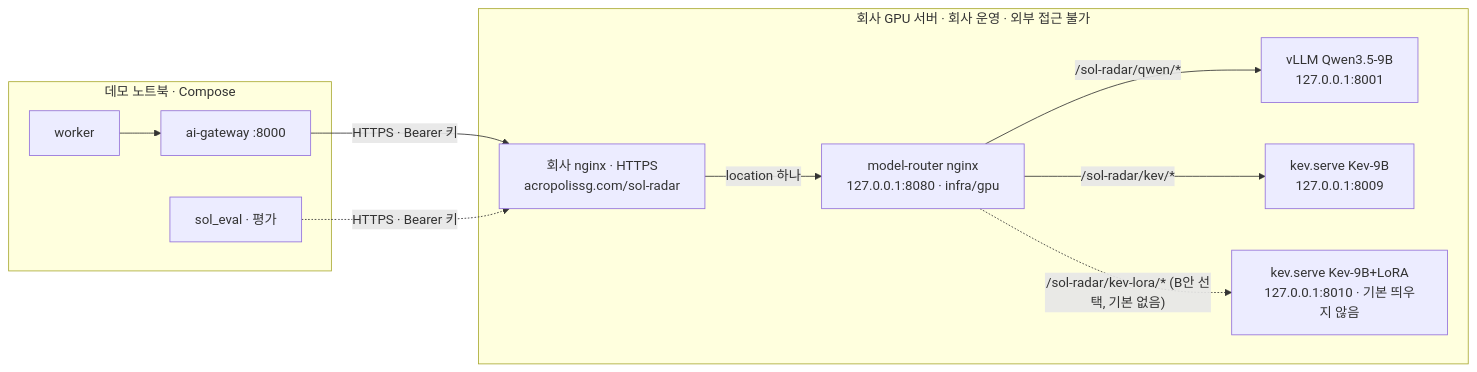
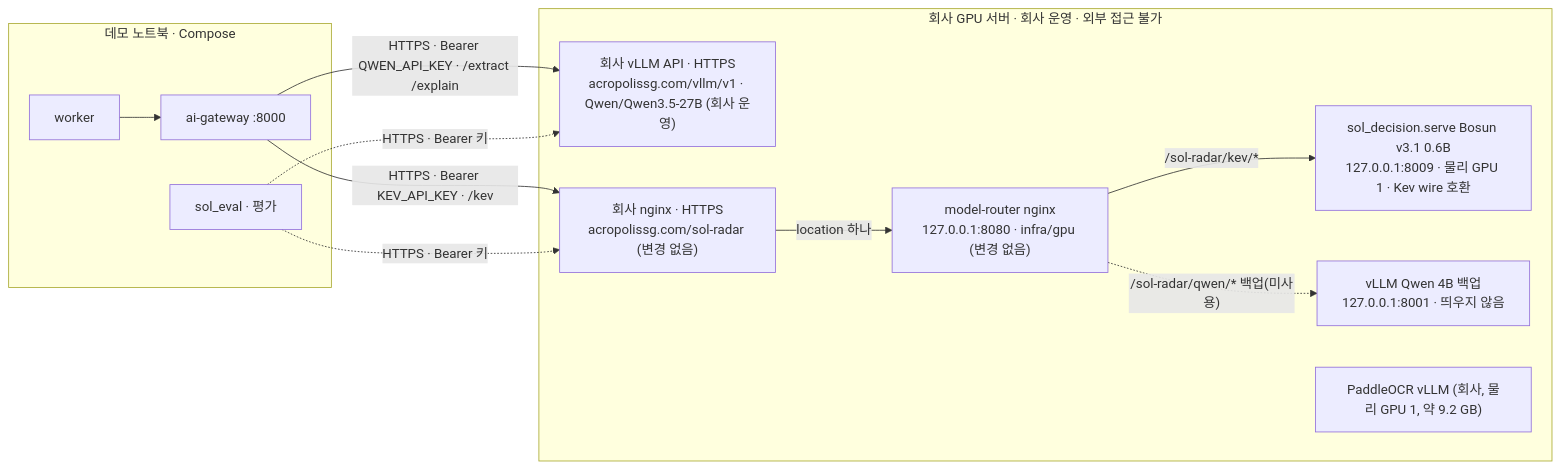
One commit to solideoai/sol-radar changed the diagram in docs/10-DEPLOYMENT.md. Above: the diagram before and after it, drawn with Mermaid. The commit also changed other lines of this file and 38 other files, not shown here.

First line of the commit message:
docs: ADR-034 결정 모델 Bosun 교체·Qwen3.5-27B API 정본 반영

````diff
--- a/docs/10-DEPLOYMENT.md
+++ b/docs/10-DEPLOYMENT.md
@@ -114,16 +114,19 @@
 ```mermaid
 flowchart LR
  subgraph LAPTOP[데모 노트북 · Compose]
   W[worker] --> G[ai-gateway :8000]
   E[sol_eval · 평가]
  end
- subgraph GPU[회사 GPU 서버 · 회사 운영 · 외부 접근 불가]
-  EP["회사 nginx · HTTPS<br/>acropolissg.com/sol-radar"]
-  EP -- "location 하나" --> RT["model-router nginx<br/>127.0.0.1:8080 · infra/gpu"]
-  RT -- "/sol-radar/qwen/*" --> Q["vLLM Qwen3.5-9B<br/>127.0.0.1:8001"]
-  RT -- "/sol-radar/kev/*" --> K["kev.serve Kev-9B<br/>127.0.0.1:8009"]
-  RT -. "/sol-radar/kev-lora/* (B안 선택, 기본 없음)" .-> KL["kev.serve Kev-9B+LoRA<br/>127.0.0.1:8010 · 기본 띄우지 않음"]
+ subgraph GPU["회사 GPU 서버 · 회사 운영 · 외부 접근 불가"]
+  V["회사 vLLM API · HTTPS<br/>acropolissg.com/vllm/v1 · Qwen/Qwen3.5-27B (회사 운영)"]
+  EP["회사 nginx · HTTPS<br/>acropolissg.com/sol-radar (변경 없음)"]
+  EP -- "location 하나" --> RT["model-router nginx<br/>127.0.0.1:8080 · infra/gpu (변경 없음)"]
+  RT -- "/sol-radar/kev/*" --> K["sol_decision.serve Bosun v3.1 0.6B<br/>127.0.0.1:8009 · 물리 GPU 1 · Kev wire 호환"]
+  RT -. "/sol-radar/qwen/* 백업(미사용)" .-> Q["vLLM Qwen 4B 백업<br/>127.0.0.1:8001 · 띄우지 않음"]
+  P["PaddleOCR vLLM (회사, 물리 GPU 1, 약 9.2 GB)"]
  end
- G -- HTTPS · Bearer 키 --> EP
- E -. HTTPS · Bearer 키 .-> EP
+ G -- "HTTPS · Bearer QWEN_API_KEY · /extract /explain" --> V
+ G -- "HTTPS · Bearer KEV_API_KEY · /kev" --> EP
+ E -. "HTTPS · Bearer 키" .-> V
+ E -. "HTTPS · Bearer 키" .-> EP
 ```
````
